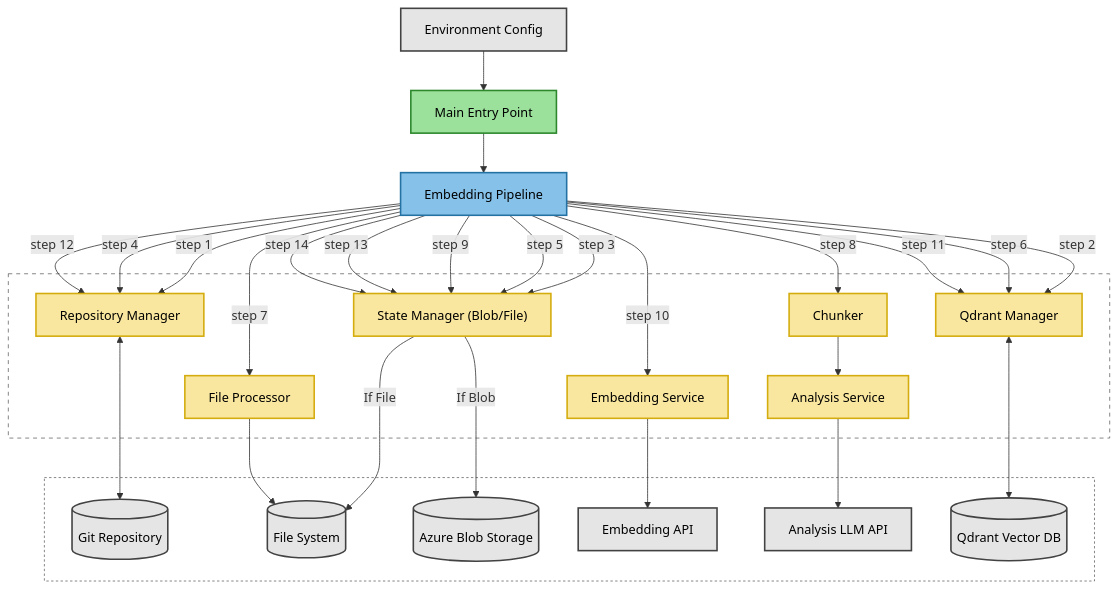
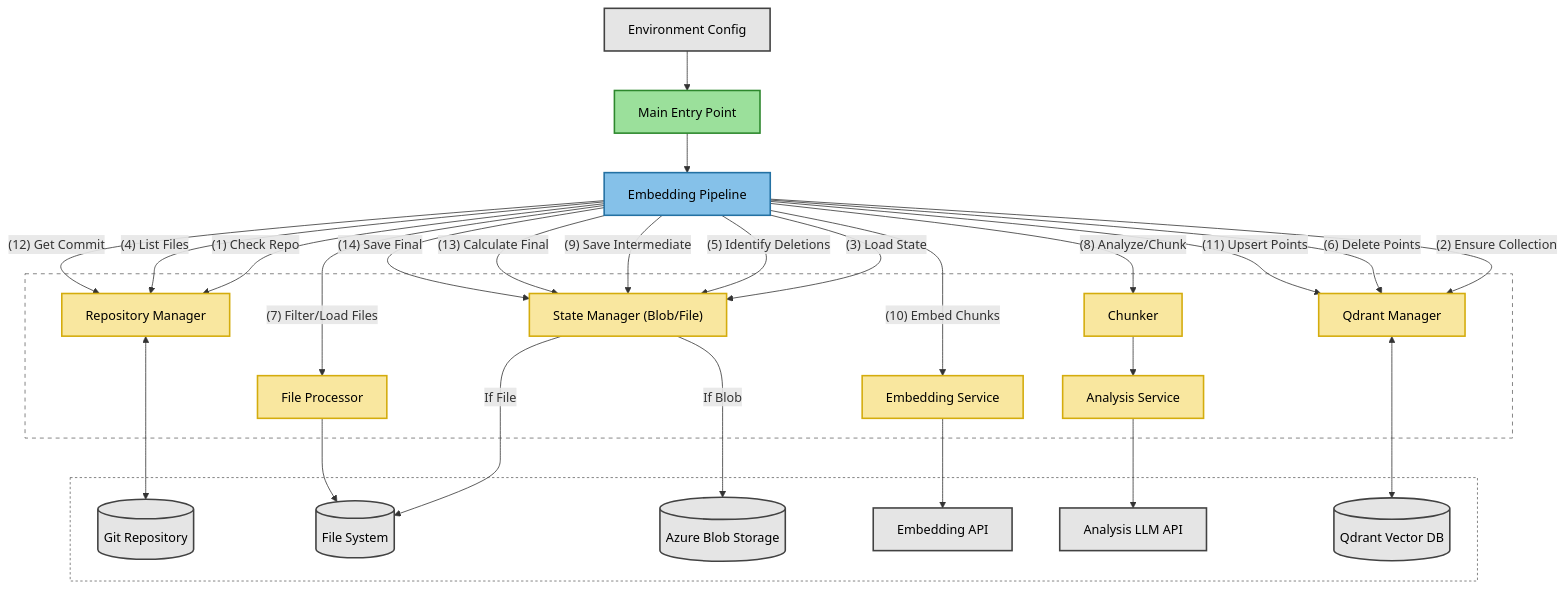
The diagram in README.md (mark-hingston/embedder), drawn with Mermaid before and after one commit. The commit also changed other lines of this file and 10 other files, not shown here.

````diff
--- a/README.md
+++ b/README.md
@@ -41,68 +40,68 @@
 ```mermaid
 flowchart TB
     %% Define Styles with higher contrast and simpler look
     classDef init fill:#9BE09B,stroke:#2D882D,stroke-width:2px,color:#000,rounded:true;
     classDef orchestrator fill:#85C1E9,stroke:#2471A3,stroke-width:2px,color:#000,rounded:true;
     classDef component fill:#F9E79F,stroke:#D4AC0D,stroke-width:2px,color:#000,rounded:true;
     classDef external fill:#E5E5E5,stroke:#424242,stroke-width:2px,color:#000,rounded:true;
     classDef data fill:#F8C471,stroke:#CA6F1E,stroke-width:2px,color:#000,rounded:true;
 
     %% Main Entry Point
     main["Main Entry Point"]:::init
     env["Environment Config"]:::external
     
     %% Core Pipeline
     pipeline["Embedding Pipeline"]:::orchestrator
     
     %% Components Group - improved text contrast
     subgraph Components["<b>Core Components</b>"]
         repoMgr["Repository Manager"]:::component
         stateMgr["State Manager (Blob/File)"]:::component
         fileProc["File Processor"]:::component
         chunker["Chunker"]:::component
         analysisSvc["Analysis Service"]:::component
         embedSvc["Embedding Service"]:::component
         qdrantMgr["Qdrant Manager"]:::component
     end
     style Components fill:none,stroke-dasharray:5 5,stroke:#666,color:white
     
     %% External Systems Group - improved text contrast
     subgraph External["<b>External Systems & Data</b>"]
         gitRepo[(Git Repository)]:::external
         fs[(File System)]:::external
         azureBlob[(Azure Blob Storage)]:::external
         embedApi["Embedding API"]:::external
         llmApi["Analysis LLM API"]:::external
         qdrantDb[(Qdrant Vector DB)]:::external
     end
     style External fill:none,stroke-dasharray:3 3,stroke:#666,color:white
     
     %% Core Flow - centrally balanced
     env --> main --> pipeline
     
     %% Component to External connections
     repoMgr <--> gitRepo
     stateMgr -- "If Blob" --> azureBlob
     stateMgr -- "If File" --> fs
     fileProc --> fs
     chunker --> analysisSvc
     analysisSvc --> llmApi
     embedSvc --> embedApi
     qdrantMgr <--> qdrantDb
     
     %% Pipeline process flow with simplified step labels - removed any disconnected arrows
-    pipeline --> |"step 1"|repoMgr
-    pipeline --> |"step 2"|qdrantMgr
-    pipeline --> |"step 3"|stateMgr
-    pipeline --> |"step 4"|repoMgr
-    pipeline --> |"step 5"|stateMgr
-    pipeline --> |"step 6"|qdrantMgr
-    pipeline --> |"step 7"|fileProc
-    pipeline --> |"step 8"|chunker
-    pipeline --> |"step 9"|stateMgr
-    pipeline --> |"step 10"|embedSvc
-    pipeline --> |"step 11"|qdrantMgr
-    pipeline --> |"step 12"|repoMgr
-    pipeline --> |"step 13"|stateMgr
-    pipeline --> |"step 14"|stateMgr
+    pipeline --> |"(1) Check Repo"|repoMgr
+    pipeline --> |"(2) Ensure Collection"|qdrantMgr
+    pipeline --> |"(3) Load State"|stateMgr
+    pipeline --> |"(4) List Files"|repoMgr
+    pipeline --> |"(5) Identify Deletions"|stateMgr
+    pipeline --> |"(6) Delete Points"|qdrantMgr
+    pipeline --> |"(7) Filter/Load Files"|fileProc
+    pipeline --> |"(8) Analyze/Chunk"|chunker
+    pipeline --> |"(9) Save Intermediate"|stateMgr
+    pipeline --> |"(10) Embed Chunks"|embedSvc
+    pipeline --> |"(11) Upsert Points"|qdrantMgr
+    pipeline --> |"(12) Get Commit"|repoMgr
+    pipeline --> |"(13) Calculate Final"|stateMgr
+    pipeline --> |"(14) Save Final"|stateMgr
 ```
````
